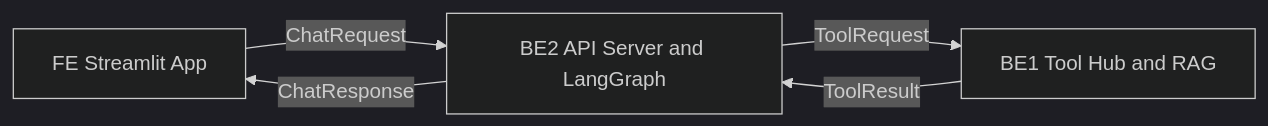
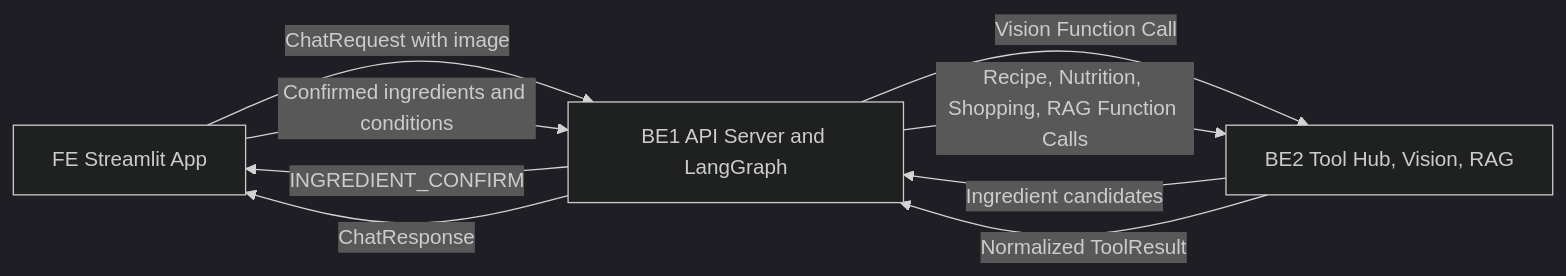
Before and after one commit to DongJunee/2026_aio2_p2_PlanEat_Backend: the third of 3 diagrams in docs/data-flow.md, drawn with Mermaid (dark theme). The commit also changed other lines of this file and 6 other files, not shown here.

````diff
--- a/docs/data-flow.md
+++ b/docs/data-flow.md
@@ -84,7 +105,11 @@
 ```mermaid
 flowchart LR
-    FE[FE Streamlit App] -->|ChatRequest| BE2[BE2 API Server and LangGraph]
-    BE2 -->|ToolRequest| BE1[BE1 Tool Hub and RAG]
-    BE1 -->|ToolResult| BE2
-    BE2 -->|ChatResponse| FE
+    FE[FE Streamlit App] -->|ChatRequest with image| BE1[BE1 API Server and LangGraph]
+    BE1 -->|Vision Function Call| BE2[BE2 Tool Hub, Vision, RAG]
+    BE2 -->|Ingredient candidates| BE1
+    BE1 -->|INGREDIENT_CONFIRM| FE
+    FE -->|Confirmed ingredients and conditions| BE1
+    BE1 -->|Recipe, Nutrition, Shopping, RAG Function Calls| BE2
+    BE2 -->|Normalized ToolResult| BE1
+    BE1 -->|ChatResponse| FE
 ```
````
